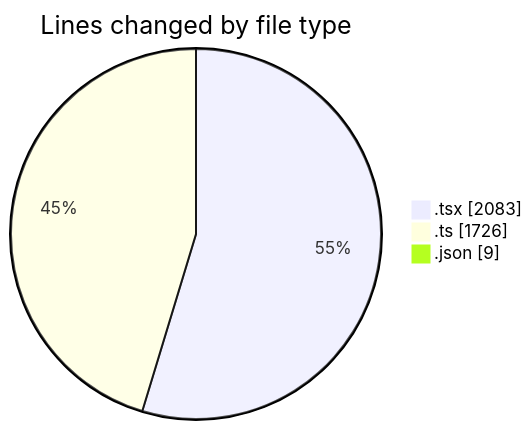
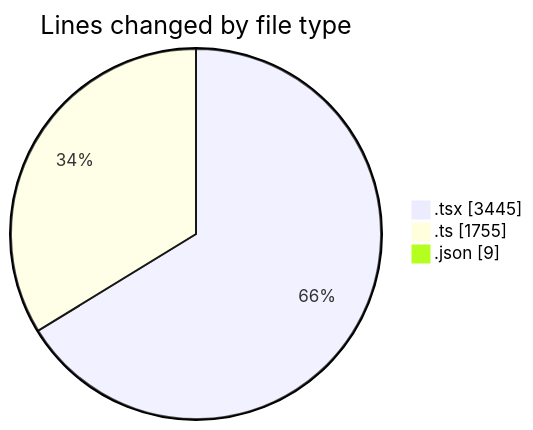
Before and after one commit to julien-gomy/code-tracking: the first of 2 diagrams in 2025-10-15/eventscop-frontend-guide__workspace_/README.md, drawn with Mermaid. The commit also changed other lines of this file and 1 other file, not shown here.

````diff
--- a/2025-10-15/eventscop-frontend-guide__workspace_/README.md
+++ b/2025-10-15/eventscop-frontend-guide__workspace_/README.md
@@ -40,7 +46,7 @@
 ```mermaid
 pie showData
 title Lines changed by file type
-".tsx" : 2083
-".ts" : 1726
+".tsx" : 3445
+".ts" : 1755
 ".json" : 9
 ```
````
